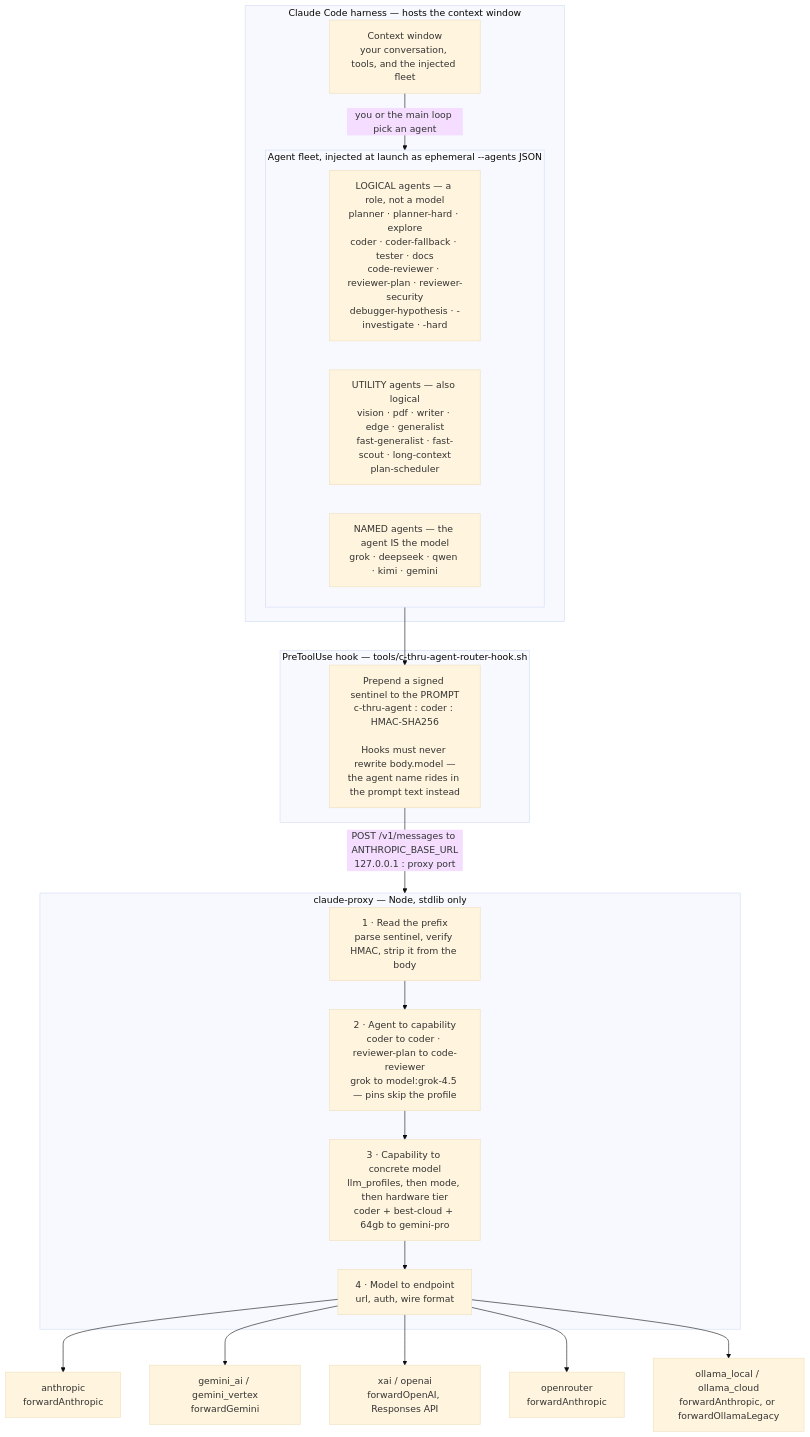
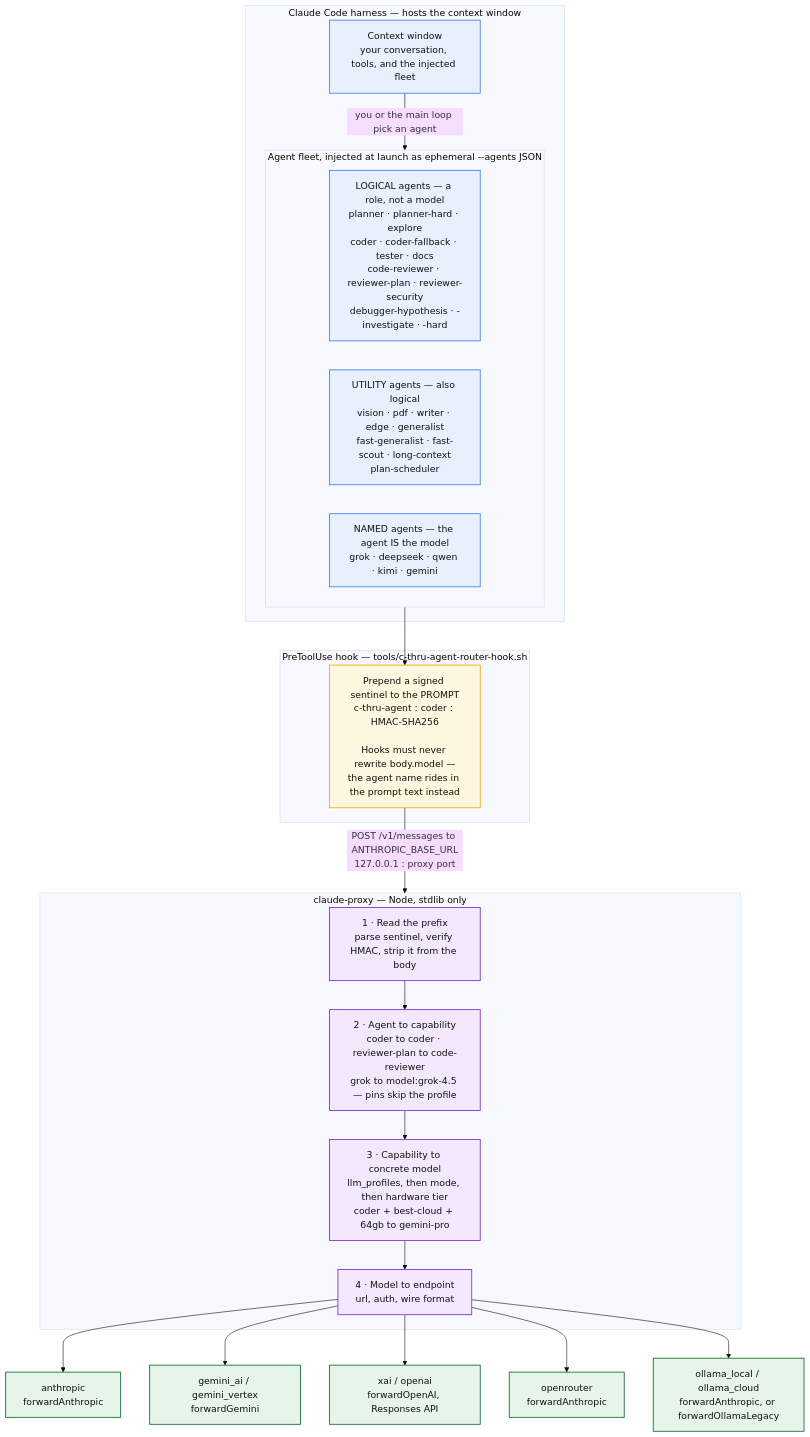
Before and after one commit to whichguy/c-thru: the third of 6 diagrams in README.md, drawn with Mermaid (base theme). The commit also changed other lines of this file and 1 other file, not shown here.

````diff
--- a/README.md
+++ b/README.md
@@ -246,36 +259,45 @@
 ```mermaid
 flowchart TB
     subgraph HARNESS["Claude Code harness — hosts the context window"]
         CTX["Context window<br/>your conversation, tools, and the injected fleet"]
 
         subgraph FLEET["Agent fleet, injected at launch as ephemeral --agents JSON"]
             LOGICAL["LOGICAL agents — a role, not a model<br/>planner · planner-hard · explore<br/>coder · coder-fallback · tester · docs<br/>code-reviewer · reviewer-plan · reviewer-security<br/>debugger-hypothesis · -investigate · -hard"]
             UTILITY["UTILITY agents — also logical<br/>vision · pdf · writer · edge · generalist<br/>fast-generalist · fast-scout · long-context<br/>plan-scheduler"]
             NAMED["NAMED agents — the agent IS the model<br/>grok · deepseek · qwen · kimi · gemini"]
         end
 
         CTX -->|"you or the main loop pick an agent"| FLEET
     end
 
     FLEET --> HOOK
 
     subgraph HOOKBOX["PreToolUse hook — tools/c-thru-agent-router-hook.sh"]
         HOOK["Prepend a signed sentinel to the PROMPT<br/>c-thru-agent : coder : HMAC-SHA256<br/><br/>Hooks must never rewrite body.model —<br/>the agent name rides in the prompt text instead"]
     end
 
     HOOK -->|"POST /v1/messages to ANTHROPIC_BASE_URL<br/>127.0.0.1 : proxy port"| PROXYBOX
 
     subgraph PROXYBOX["claude-proxy — Node, stdlib only"]
         P1["1 · Read the prefix<br/>parse sentinel, verify HMAC, strip it from the body"]
         P2["2 · Agent to capability<br/>coder to coder · reviewer-plan to code-reviewer<br/>grok to model:grok-4.5 — pins skip the profile"]
         P3["3 · Capability to concrete model<br/>llm_profiles, then mode, then hardware tier<br/>coder + best-cloud + 64gb to gemini-pro"]
         P4["4 · Model to endpoint<br/>url, auth, wire format"]
         P1 --> P2 --> P3 --> P4
     end
 
     P4 --> ANT["anthropic<br/>forwardAnthropic"]
     P4 --> GEM["gemini_ai / gemini_vertex<br/>forwardGemini"]
     P4 --> XAI["xai / openai<br/>forwardOpenAI, Responses API"]
     P4 --> ORT["openrouter<br/>forwardAnthropic"]
     P4 --> OLL["ollama_local / ollama_cloud<br/>forwardAnthropic, or forwardOllamaLegacy"]
+
+    classDef harness  fill:#E8F0FE,stroke:#4285F4,stroke-width:1.5px,color:#111
+    classDef hook     fill:#FEF7E0,stroke:#F9AB00,stroke-width:1.5px,color:#111
+    classDef proxy    fill:#F3E8FD,stroke:#8430CE,stroke-width:1.5px,color:#111
+    classDef provider fill:#E6F4EA,stroke:#137333,stroke-width:1.5px,color:#111
+    class CTX,LOGICAL,UTILITY,NAMED harness
+    class HOOK hook
+    class P1,P2,P3,P4 proxy
+    class ANT,GEM,XAI,ORT,OLL provider
 ```
````
